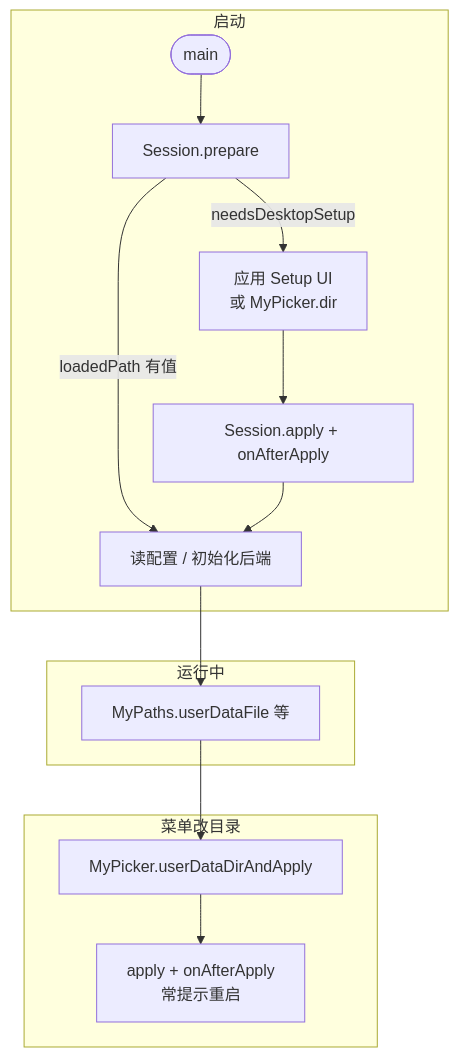
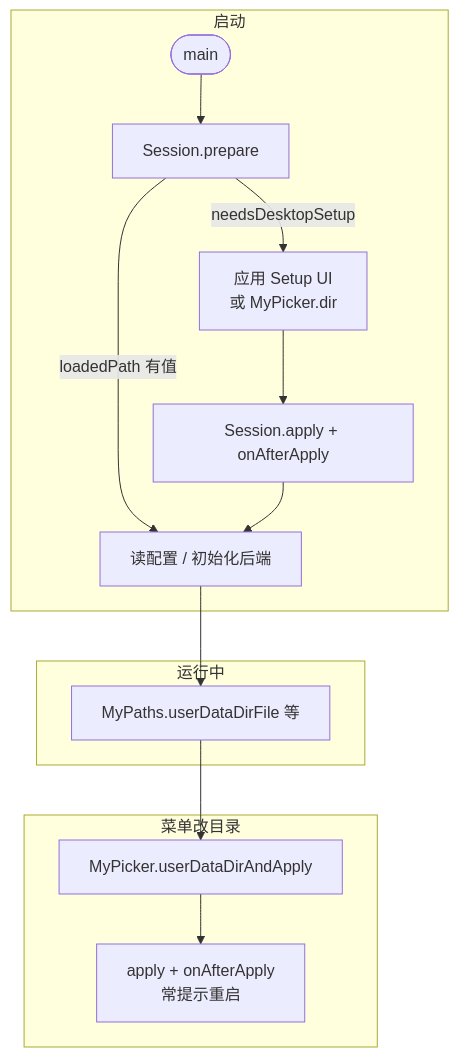
Before and after one commit to dbsxdbsx/flutter_xly: the first of 2 diagrams in .doc/user_data_picker.md, drawn with Mermaid. The commit also changed other lines of this file and 15 other files, not shown here.

````diff
--- a/.doc/user_data_picker.md
+++ b/.doc/user_data_picker.md
@@ -20,17 +20,17 @@
 ```mermaid
 flowchart TD
   subgraph startup [启动]
     M([main]) --> P[Session.prepare]
     P -->|loadedPath 有值| R[读配置 / 初始化后端]
     P -->|needsDesktopSetup| D[应用 Setup UI\n或 MyPicker.dir]
     D --> A[Session.apply + onAfterApply]
     A --> R
   end
   subgraph runtime [运行中]
-    R --> RW[MyPaths.userDataFile 等]
+    R --> RW[MyPaths.userDataDirFile 等]
   end
   subgraph menu [菜单改目录]
     RW --> U[MyPicker.userDataDirAndApply]
     U --> A2[apply + onAfterApply\n常提示重启]
   end
 ```
````
